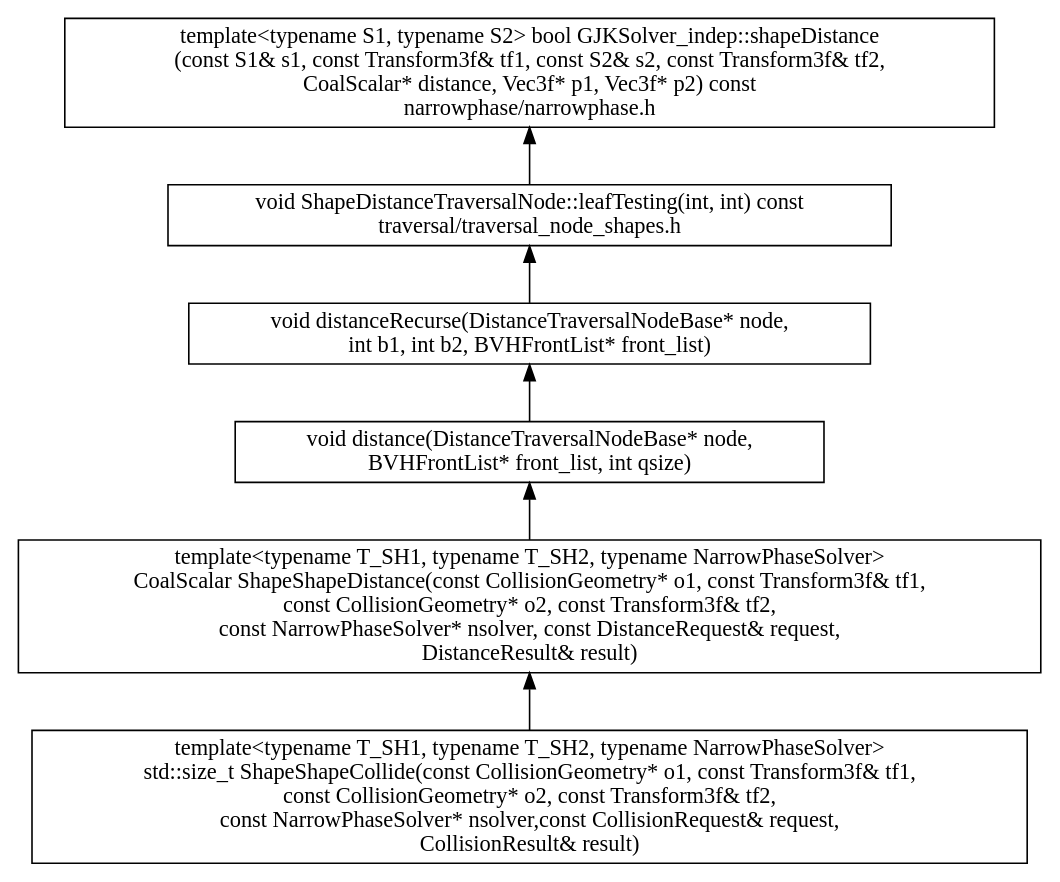
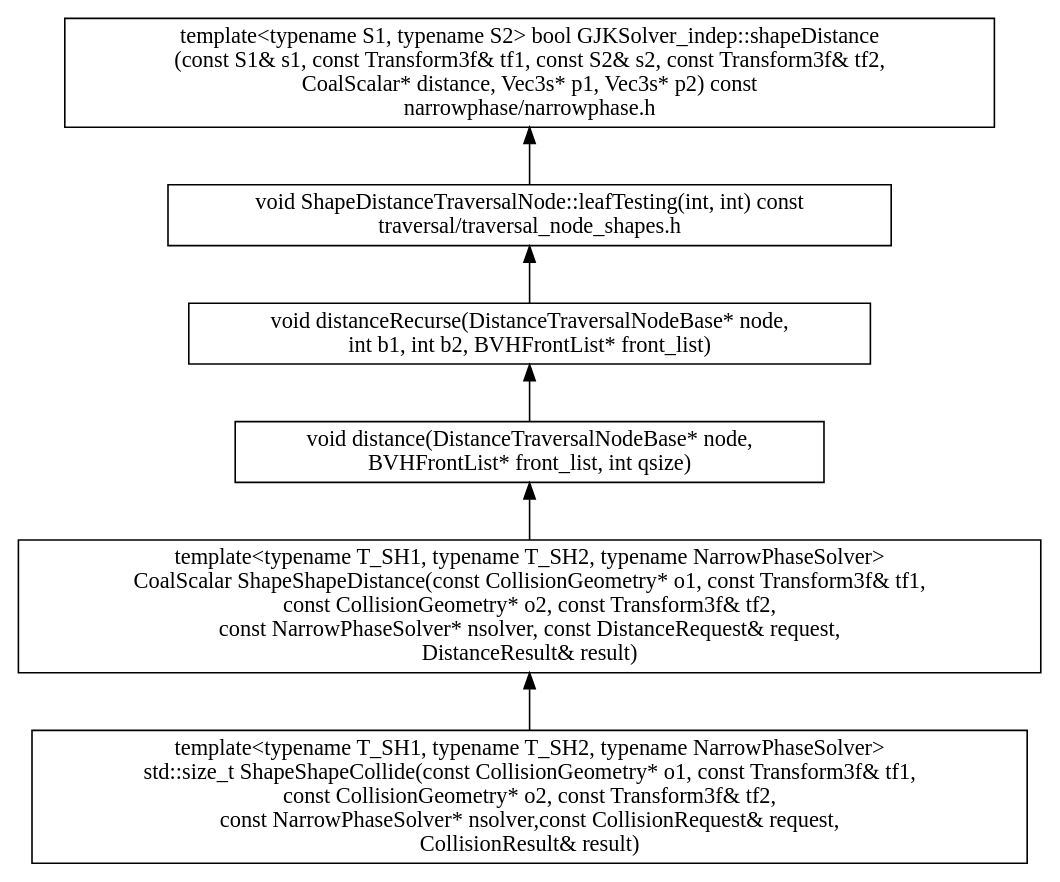
Before and after one commit to humanoid-path-planner/hpp-fcl: the diagram in doc/shape-shape-collision-call.dot, drawn with Graphviz. The commit also changed 155 other files, not shown here.

```diff
--- a/doc/shape-shape-collision-call.dot
+++ b/doc/shape-shape-collision-call.dot
@@ -1,19 +1,19 @@
 digraph CD  {
 
 	rankdir = BT
 	compound=true
         size = 11.7
 
         "template<typename T_SH1, typename T_SH2, typename NarrowPhaseSolver>\nstd::size_t ShapeShapeCollide(const CollisionGeometry* o1, const Transform3f& tf1,\nconst CollisionGeometry* o2, const Transform3f& tf2,\nconst NarrowPhaseSolver* nsolver,const CollisionRequest& request,\nCollisionResult& result)" [shape = box]
         "template<typename T_SH1, typename T_SH2, typename NarrowPhaseSolver>\nCoalScalar ShapeShapeDistance(const CollisionGeometry* o1, const Transform3f& tf1,\nconst CollisionGeometry* o2, const Transform3f& tf2,\nconst NarrowPhaseSolver* nsolver, const DistanceRequest& request,\nDistanceResult& result)" [shape = box]
         "void distance(DistanceTraversalNodeBase* node,\nBVHFrontList* front_list, int qsize)" [shape = box]
         "void distanceRecurse(DistanceTraversalNodeBase* node,\nint b1, int b2, BVHFrontList* front_list)" [shape = box]
         "void ShapeDistanceTraversalNode::leafTesting(int, int) const\ntraversal/traversal_node_shapes.h" [shape = box]
-        "template<typename S1, typename S2> bool GJKSolver_indep::shapeDistance\n(const S1& s1, const Transform3f& tf1, const S2& s2, const Transform3f& tf2,\nCoalScalar* distance, Vec3f* p1, Vec3f* p2) const\nnarrowphase/narrowphase.h" [shape = box]
+        "template<typename S1, typename S2> bool GJKSolver_indep::shapeDistance\n(const S1& s1, const Transform3f& tf1, const S2& s2, const Transform3f& tf2,\nCoalScalar* distance, Vec3s* p1, Vec3s* p2) const\nnarrowphase/narrowphase.h" [shape = box]
 
         "template<typename T_SH1, typename T_SH2, typename NarrowPhaseSolver>\nstd::size_t ShapeShapeCollide(const CollisionGeometry* o1, const Transform3f& tf1,\nconst CollisionGeometry* o2, const Transform3f& tf2,\nconst NarrowPhaseSolver* nsolver,const CollisionRequest& request,\nCollisionResult& result)" -> "template<typename T_SH1, typename T_SH2, typename NarrowPhaseSolver>\nCoalScalar ShapeShapeDistance(const CollisionGeometry* o1, const Transform3f& tf1,\nconst CollisionGeometry* o2, const Transform3f& tf2,\nconst NarrowPhaseSolver* nsolver, const DistanceRequest& request,\nDistanceResult& result)"
         "template<typename T_SH1, typename T_SH2, typename NarrowPhaseSolver>\nCoalScalar ShapeShapeDistance(const CollisionGeometry* o1, const Transform3f& tf1,\nconst CollisionGeometry* o2, const Transform3f& tf2,\nconst NarrowPhaseSolver* nsolver, const DistanceRequest& request,\nDistanceResult& result)" -> "void distance(DistanceTraversalNodeBase* node,\nBVHFrontList* front_list, int qsize)"
         "void distance(DistanceTraversalNodeBase* node,\nBVHFrontList* front_list, int qsize)" -> "void distanceRecurse(DistanceTraversalNodeBase* node,\nint b1, int b2, BVHFrontList* front_list)"
         "void distanceRecurse(DistanceTraversalNodeBase* node,\nint b1, int b2, BVHFrontList* front_list)" -> "void ShapeDistanceTraversalNode::leafTesting(int, int) const\ntraversal/traversal_node_shapes.h"
-        "void ShapeDistanceTraversalNode::leafTesting(int, int) const\ntraversal/traversal_node_shapes.h" -> "template<typename S1, typename S2> bool GJKSolver_indep::shapeDistance\n(const S1& s1, const Transform3f& tf1, const S2& s2, const Transform3f& tf2,\nCoalScalar* distance, Vec3f* p1, Vec3f* p2) const\nnarrowphase/narrowphase.h"
+        "void ShapeDistanceTraversalNode::leafTesting(int, int) const\ntraversal/traversal_node_shapes.h" -> "template<typename S1, typename S2> bool GJKSolver_indep::shapeDistance\n(const S1& s1, const Transform3f& tf1, const S2& s2, const Transform3f& tf2,\nCoalScalar* distance, Vec3s* p1, Vec3s* p2) const\nnarrowphase/narrowphase.h"
 }
```
